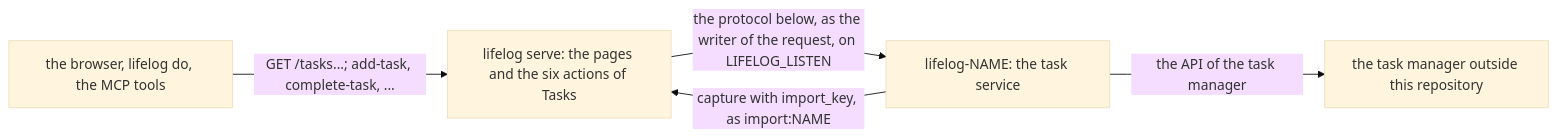
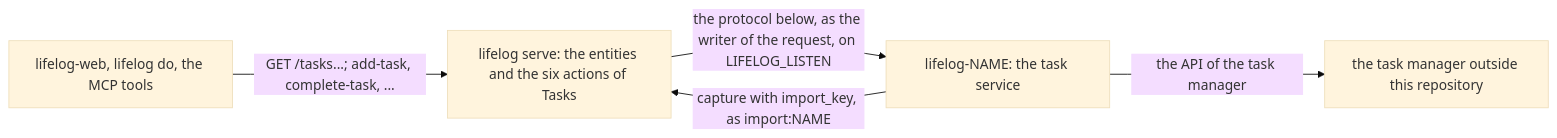
Before and after one commit to alexradunet/aminte: the fifth of 6 diagrams in extensions/README.md, drawn with Mermaid (base theme). The commit also changed other lines of this file and 13 other files, not shown here.

First line of the commit message:
plan 161, stage 3: the pages say the current truth after the browser leaves the core

````diff
--- a/extensions/README.md
+++ b/extensions/README.md
@@ -258,7 +231,7 @@
 ```mermaid
 flowchart LR
-  B["the browser, lifelog do, the MCP tools"] -->|"GET /tasks...; add-task, complete-task, ..."| L["lifelog serve: the pages and the six actions of Tasks"]
+  B["lifelog-web, lifelog do, the MCP tools"] -->|"GET /tasks...; add-task, complete-task, ..."| L["lifelog serve: the entities and the six actions of Tasks"]
   L -->|"the protocol below, as the writer of the request, on LIFELOG_LISTEN"| S["lifelog-NAME: the task service"]
   S -->|"the API of the task manager"| T["the task manager outside this repository"]
   S -->|"capture with import_key, as import:NAME"| L
 ```
````
